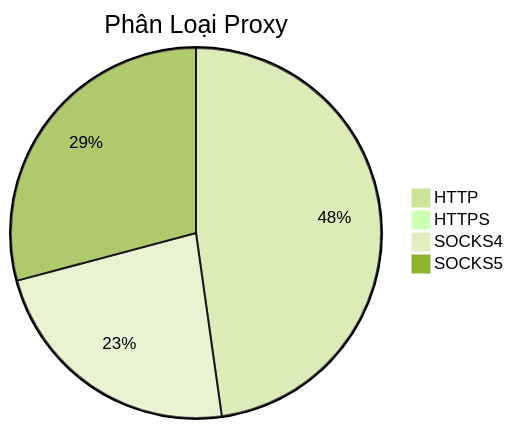
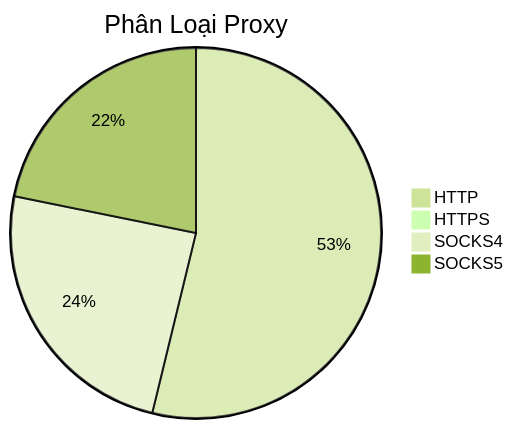
Before and after one commit to Ciara-12/PROXY-free: the diagram in README.md, drawn with Mermaid (forest theme). The commit also changed other lines of this file and 4 other files, not shown here.

````diff
--- a/README.md
+++ b/README.md
@@ -26,7 +26,7 @@
 ```mermaid
 pie title Phân Loại Proxy
-    "HTTP" : 536
-    "HTTPS" : 4
-    "SOCKS4" : 259
-    "SOCKS5" : 327
+    "HTTP" : 730
+    "HTTPS" : 8
+    "SOCKS4" : 331
+    "SOCKS5" : 296
 ```
````
